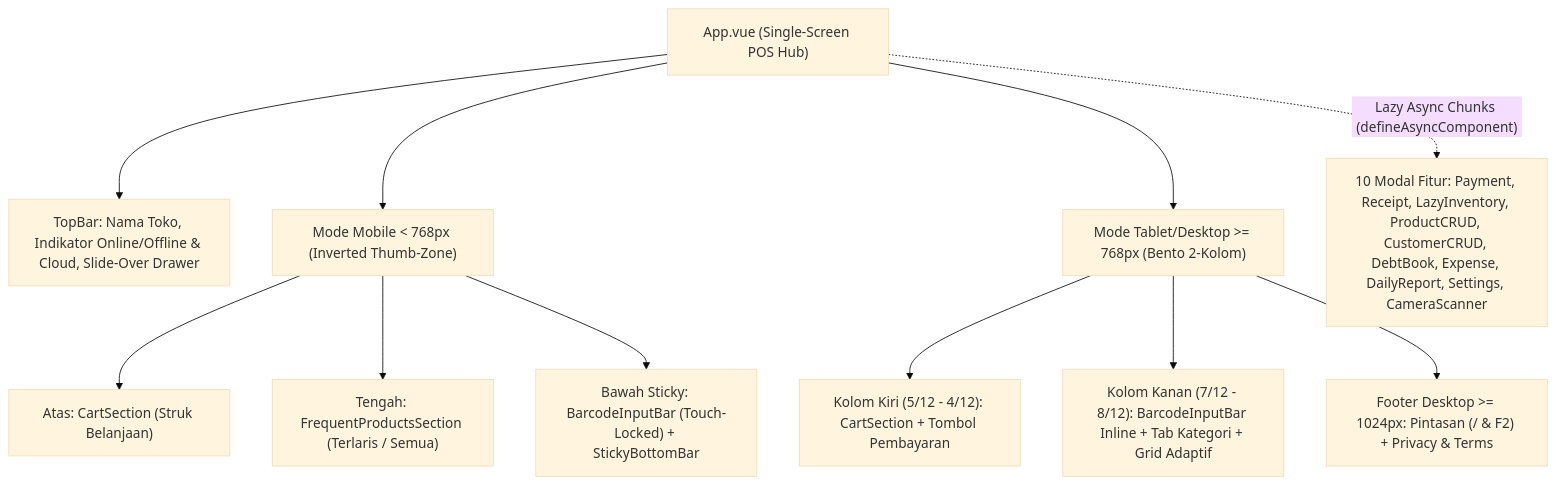
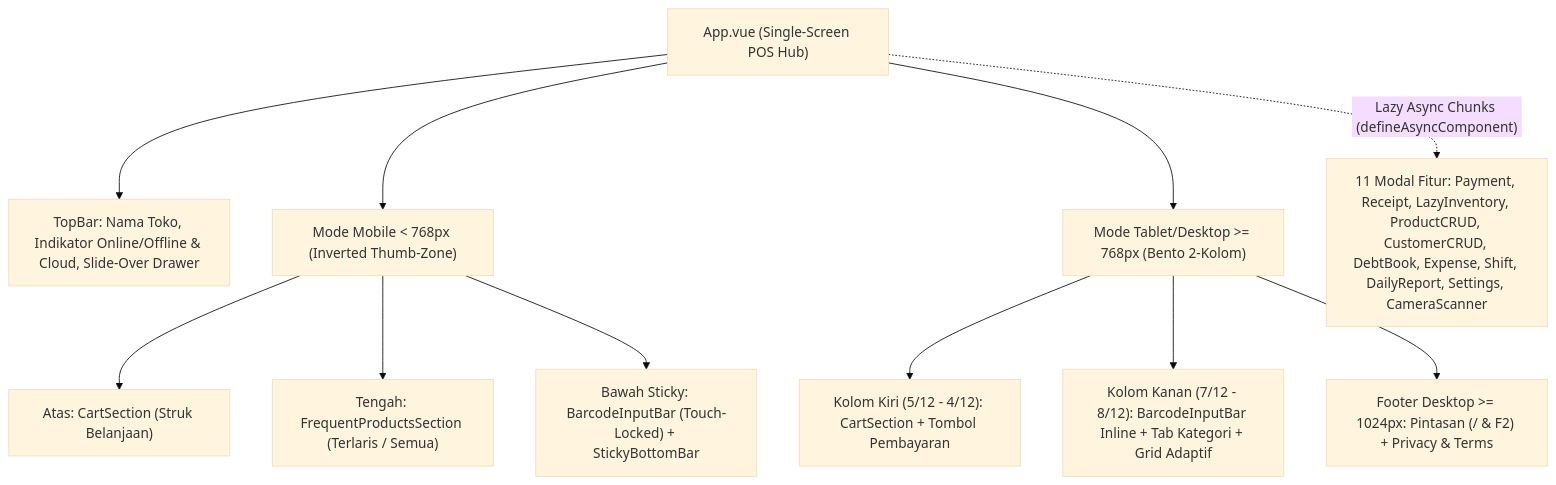
One commit to yodi-dev/kasiry changed the diagram in PRD_v2.0.md. Above: the diagram before and after it, drawn with Mermaid (base theme). The commit also changed other lines of this file and 22 other files, not shown here.

Commit message:
feat(shift): add open/close shift & daily drawer closing workflow (v2.10.0)

````diff
--- a/PRD_v2.0.md
+++ b/PRD_v2.0.md
@@ -58,17 +59,17 @@
 ```mermaid
 flowchart TD
     App["App.vue (Single-Screen POS Hub)"]
     App --> TopBar["TopBar: Nama Toko, Indikator Online/Offline & Cloud, Slide-Over Drawer"]
     App --> MobileMode["Mode Mobile < 768px (Inverted Thumb-Zone)"]
     App --> DesktopMode["Mode Tablet/Desktop >= 768px (Bento 2-Kolom)"]
 
     MobileMode --> M_Cart["Atas: CartSection (Struk Belanjaan)"]
     MobileMode --> M_Freq["Tengah: FrequentProductsSection (Terlaris / Semua)"]
     MobileMode --> M_Dock["Bawah Sticky: BarcodeInputBar (Touch-Locked) + StickyBottomBar"]
 
     DesktopMode --> D_Left["Kolom Kiri (5/12 - 4/12): CartSection + Tombol Pembayaran"]
     DesktopMode --> D_Right["Kolom Kanan (7/12 - 8/12): BarcodeInputBar Inline + Tab Kategori + Grid Adaptif"]
     DesktopMode --> D_Foot["Footer Desktop >= 1024px: Pintasan (/ & F2) + Privacy & Terms"]
 
-    App -.->|"Lazy Async Chunks (defineAsyncComponent)"| Modals["10 Modal Fitur: Payment, Receipt, LazyInventory, ProductCRUD, CustomerCRUD, DebtBook, Expense, DailyReport, Settings, CameraScanner"]
+    App -.->|"Lazy Async Chunks (defineAsyncComponent)"| Modals["11 Modal Fitur: Payment, Receipt, LazyInventory, ProductCRUD, CustomerCRUD, DebtBook, Expense, Shift, DailyReport, Settings, CameraScanner"]
 ```
````
